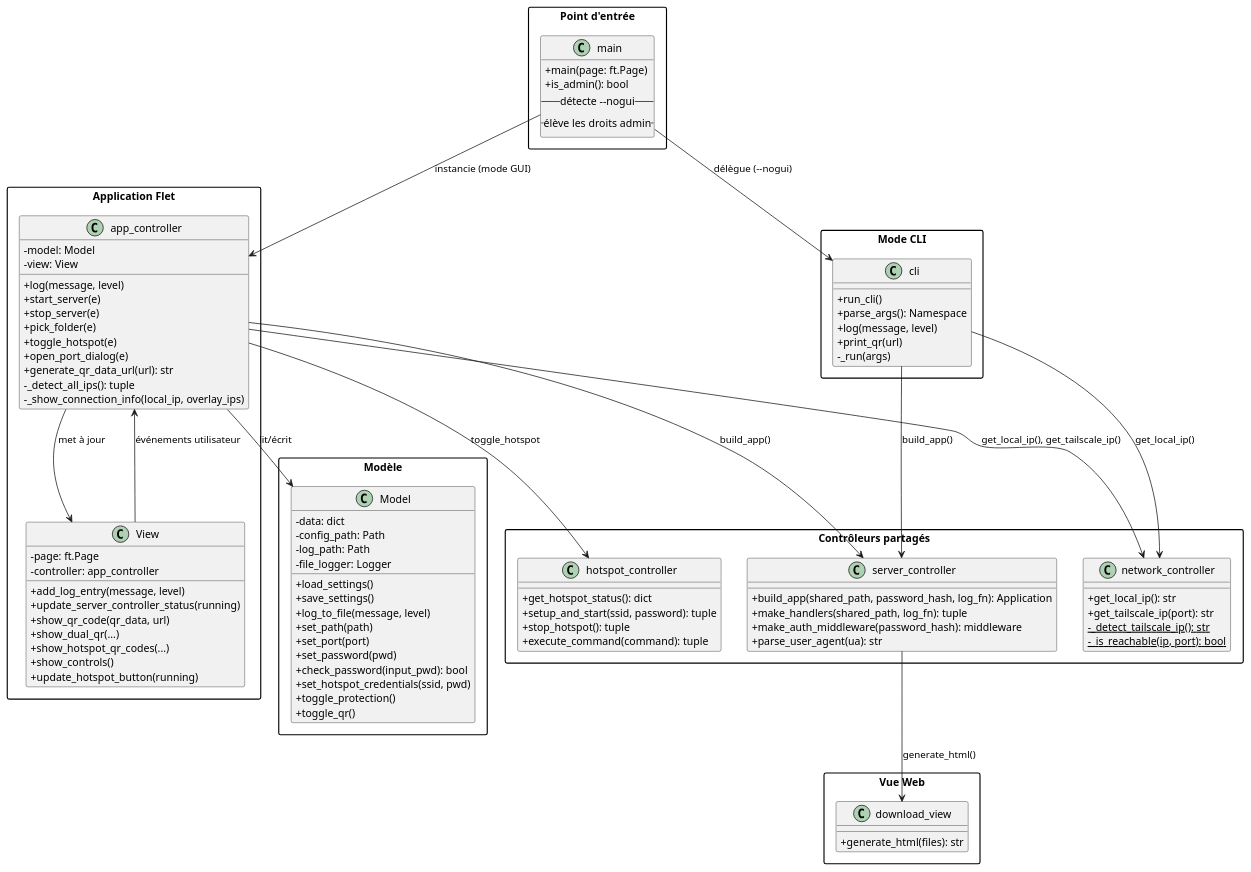
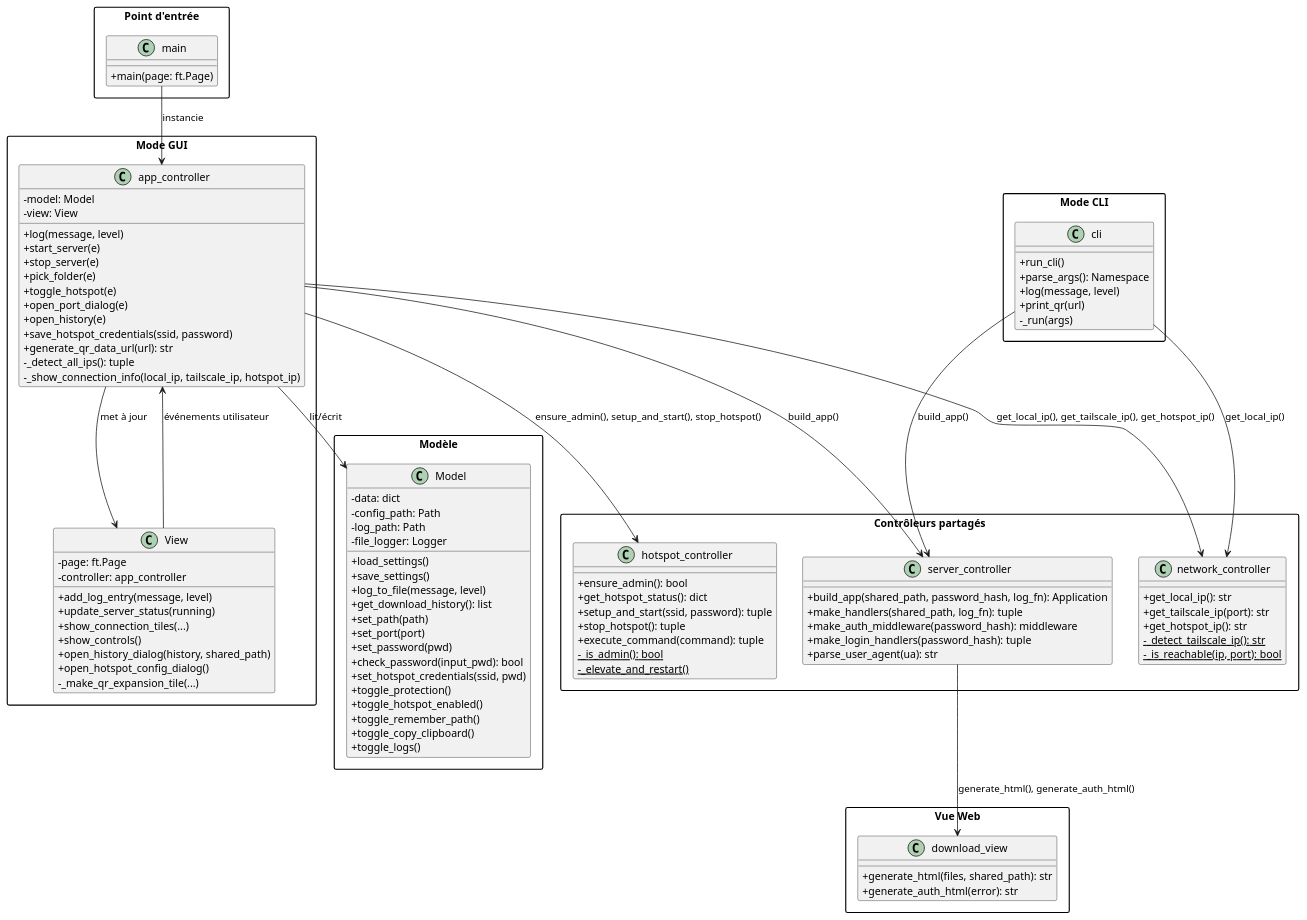
Before and after one commit to NathanFilipowitz/Sharepp: the diagram in docs/07_Schémas/UML.puml, drawn with PlantUML. The commit also changed 32 other files, not shown here.

Commit message:
doc(update content): Update documents to latest version. Added installation and user guides, added test coverage results to archives, added UML diagrams

```diff
--- a/docs/07_Schémas/UML.puml
+++ b/docs/07_Schémas/UML.puml
@@ -1,118 +1,117 @@
 @startuml Share++
-
 skinparam classAttributeIconSize 0
 skinparam packageStyle rectangle
 
 package "Point d'entrée" {
     class main {
         +main(page: ft.Page)
-        +is_admin(): bool
-        -- détecte --nogui --
-        -- élève les droits admin --
     }
 }
 
-package "Application Flet" {
+package "Mode GUI" {
     class app_controller {
         -model: Model
         -view: View
         +log(message, level)
         +start_server(e)
         +stop_server(e)
         +pick_folder(e)
         +toggle_hotspot(e)
         +open_port_dialog(e)
+        +open_history(e)
+        +save_hotspot_credentials(ssid, password)
         +generate_qr_data_url(url): str
         -_detect_all_ips(): tuple
-        -_show_connection_info(local_ip, overlay_ips)
+        -_show_connection_info(local_ip, tailscale_ip, hotspot_ip)
     }
-
     class View {
         -page: ft.Page
         -controller: app_controller
         +add_log_entry(message, level)
-        +update_server_controller_status(running)
-        +show_qr_code(qr_data, url)
-        +show_dual_qr(...)
-        +show_hotspot_qr_codes(...)
+        +update_server_status(running)
+        +show_connection_tiles(...)
         +show_controls()
-        +update_hotspot_button(running)
+        +open_history_dialog(history, shared_path)
+        +open_hotspot_config_dialog()
+        -_make_qr_expansion_tile(...)
     }
 }
 
 package "Mode CLI" {
     class cli {
         +run_cli()
         +parse_args(): Namespace
         +log(message, level)
         +print_qr(url)
         -_run(args)
     }
 }
 
 package "Modèle" {
     class Model {
         -data: dict
         -config_path: Path
         -log_path: Path
         -file_logger: Logger
         +load_settings()
         +save_settings()
         +log_to_file(message, level)
+        +get_download_history(): list
         +set_path(path)
         +set_port(port)
         +set_password(pwd)
         +check_password(input_pwd): bool
         +set_hotspot_credentials(ssid, pwd)
         +toggle_protection()
-        +toggle_qr()
+        +toggle_hotspot_enabled()
+        +toggle_remember_path()
+        +toggle_copy_clipboard()
+        +toggle_logs()
     }
 }
 
 package "Contrôleurs partagés" {
     class server_controller {
         +build_app(shared_path, password_hash, log_fn): Application
         +make_handlers(shared_path, log_fn): tuple
         +make_auth_middleware(password_hash): middleware
+        +make_login_handlers(password_hash): tuple
         +parse_user_agent(ua): str
     }
-
     class network_controller {
         +get_local_ip(): str
         +get_tailscale_ip(port): str
+        +get_hotspot_ip(): str
         -{static}_detect_tailscale_ip(): str
         -{static}_is_reachable(ip, port): bool
     }
-
     class hotspot_controller {
+        +ensure_admin(): bool
         +get_hotspot_status(): dict
         +setup_and_start(ssid, password): tuple
         +stop_hotspot(): tuple
         +execute_command(command): tuple
+        -{static}_is_admin(): bool
+        -{static}_elevate_and_restart()
     }
 }
 
 package "Vue Web" {
     class download_view {
-        +generate_html(files): str
+        +generate_html(files, shared_path): str
+        +generate_auth_html(error): str
     }
 }
 
 ' Relations
-main --> app_controller : instancie (mode GUI)
-main --> cli : délègue (--nogui)
-
+main --> app_controller : instancie
 app_controller --> Model : lit/écrit
 app_controller --> View : met à jour
 app_controller --> server_controller : build_app()
-app_controller --> network_controller : get_local_ip(), get_tailscale_ip()
-app_controller --> hotspot_controller : toggle_hotspot
-
+app_controller --> network_controller : get_local_ip(), get_tailscale_ip(), get_hotspot_ip()
+app_controller --> hotspot_controller : ensure_admin(), setup_and_start(), stop_hotspot()
 cli --> server_controller : build_app()
 cli --> network_controller : get_local_ip()
-
-server_controller --> download_view : generate_html()
-
+server_controller --> download_view : generate_html(), generate_auth_html()
 View --> app_controller : événements utilisateur
-
 @enduml
```
